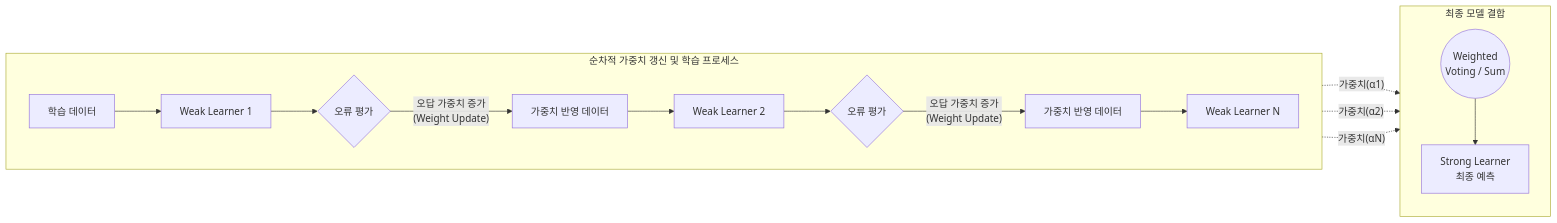
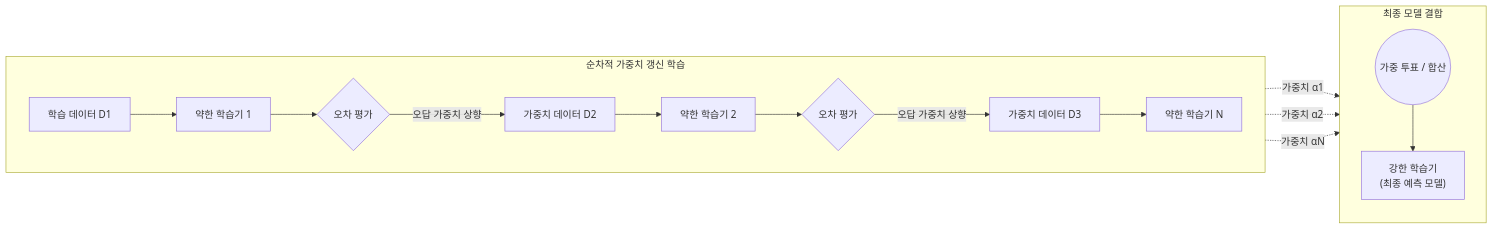
The diagram in content/01_IT Tech/부스팅.md (supremethumb/supremethumb.github.io), drawn with Mermaid before and after one commit. The commit also changed other lines of this file and 362 other files, not shown here.

````diff
--- a/content/01_IT Tech/부스팅.md
+++ b/content/01_IT Tech/부스팅.md
@@ -31,24 +36,23 @@
 ```mermaid
 flowchart LR
-    subgraph Sequential_Training["순차적 가중치 갱신 및 학습 프로세스"]
+    subgraph Sequential ["순차적 가중치 갱신 학습"]
         direction LR
-        D1[학습 데이터] --> M1[Weak Learner 1]
-        M1 --> E1{오류 평가}
-        E1 -- "오답 가중치 증가\n(Weight Update)" --> D2[가중치 반영 데이터]
+        D1["학습 데이터 D1"] --> M1["약한 학습기 1"]
+        M1 --> E1{"오차 평가"}
+        E1 -- "오답 가중치 상향" --> D2["가중치 데이터 D2"]
         
-        D2 --> M2[Weak Learner 2]
-        M2 --> E2{오류 평가}
-        E2 -- "오답 가중치 증가\n(Weight Update)" --> D3[가중치 반영 데이터]
+        D2 --> M2["약한 학습기 2"]
+        M2 --> E2{"오차 평가"}
+        E2 -- "오답 가중치 상향" --> D3["가중치 데이터 D3"]
         
-        D3 --> M3[Weak Learner N]
+        D3 --> M3["약한 학습기 N"]
     end
 
-    subgraph Aggregation["최종 모델 결합"]
+    subgraph Aggregation ["최종 모델 결합"]
         direction TB
-        M1 -. "가중치(α1)" .-> F((Weighted\nVoting / Sum))
-        M2 -. "가중치(α2)" .-> F
-        M3 -. "가중치(αN)" .-> F
-        F --> R[Strong Learner\n최종 예측]
+        M1 -. "가중치 α1" .-> Comb(("가중 투표 / 합산"))
+        M2 -. "가중치 α2" .-> Comb
+        M3 -. "가중치 αN" .-> Comb
+        Comb --> Final["강한 학습기<br/>(최종 예측 모델)"]
     end
-
 ```
````
